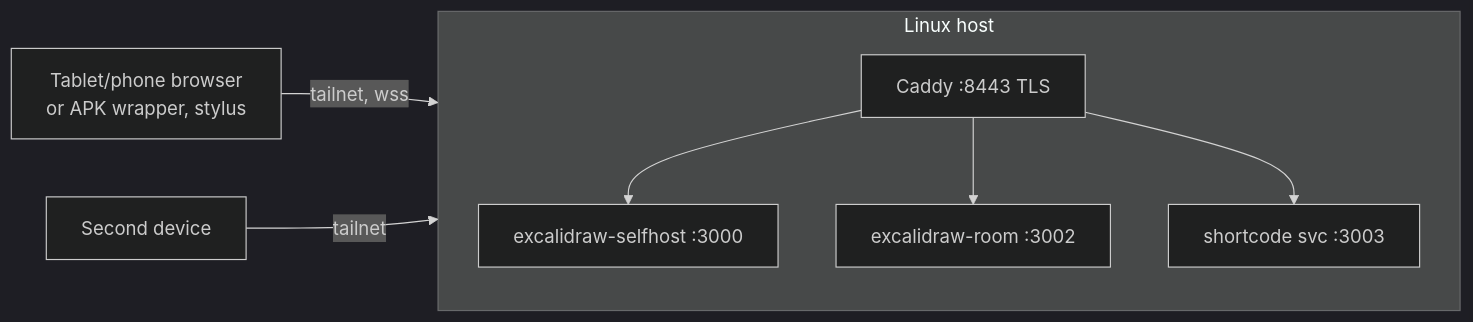
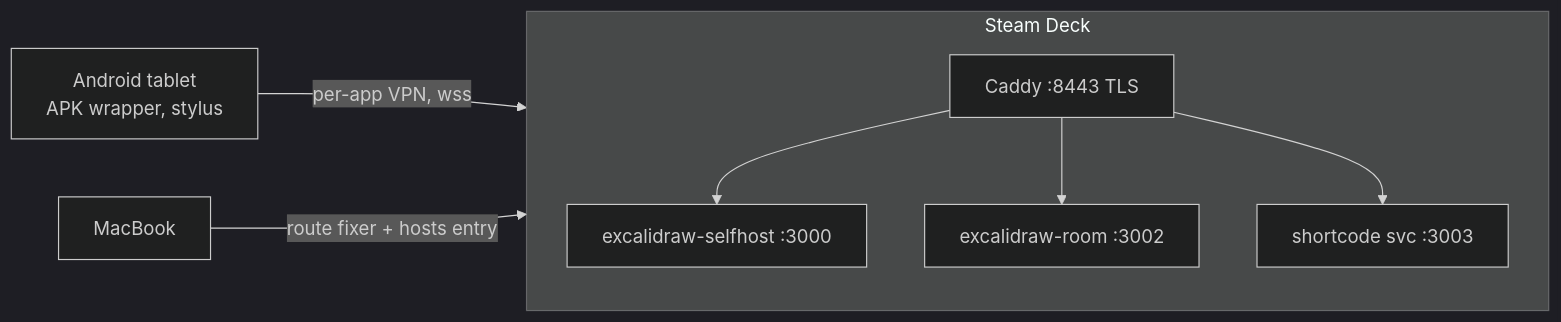
The diagram in README.md (knocking4thcylinder/excalidraw-selfhosted), drawn with Mermaid before and after one commit. The commit also changed other lines of this file and 16 other files, not shown here.

````diff
--- a/README.md
+++ b/README.md
@@ -10,13 +11,13 @@
 ```mermaid
 %%{init:{"theme":"dark"}}%%
 graph LR
-  T[Tablet/phone browser<br/>or APK wrapper, stylus] -- "tailnet, wss" --> H((Linux host))
-  M[Second device] -- "tailnet" --> H
-  subgraph H [Linux host]
+  T[Android tablet<br/>APK wrapper, stylus] -- "per-app VPN, wss" --> D((Steam Deck))
+  M[MacBook] -- "route fixer + hosts entry" --> D
+  subgraph D [Steam Deck]
     C[Caddy :8443 TLS]
     A[excalidraw-selfhost :3000]
     R[excalidraw-room :3002]
     S[shortcode svc :3003]
   end
   C --> A; C --> R; C --> S
 ```
````
